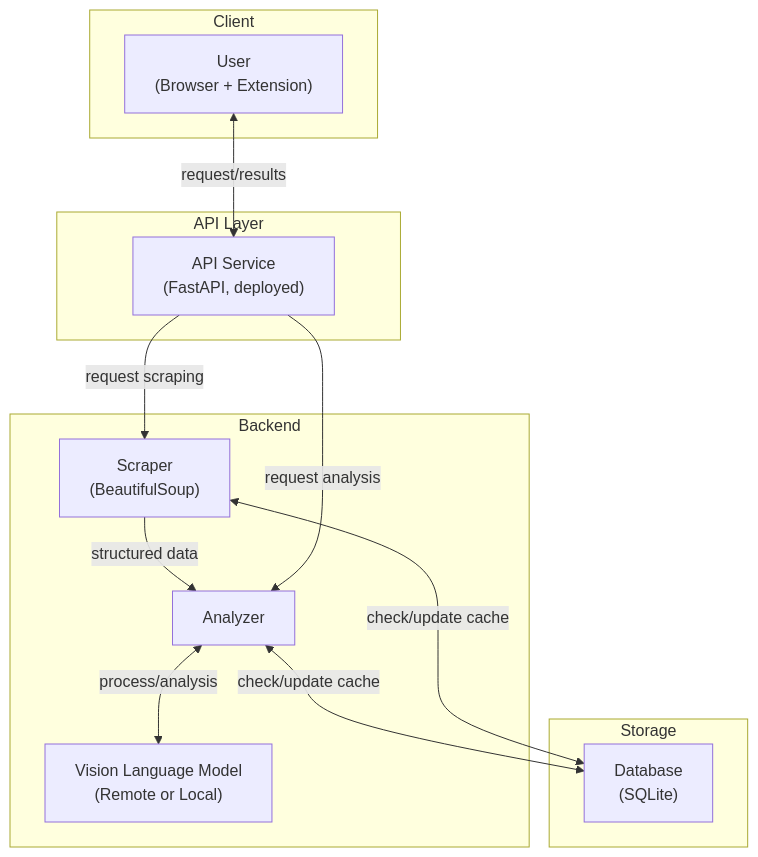
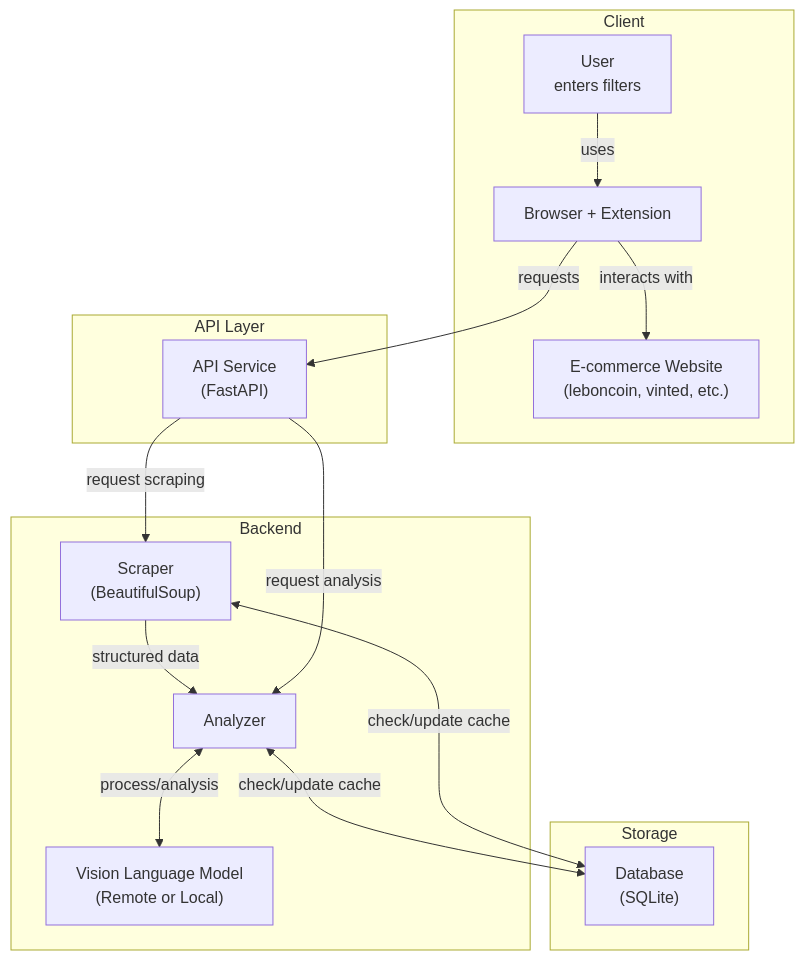
Before and after one commit to daltunay/filtergenie: the diagram in README.md, drawn with Mermaid.

Commit message:
docs: update architecture diagram in README for improved clarity on user interactions and API flow

````diff
--- a/README.md
+++ b/README.md
@@ -7,29 +7,33 @@
 ```mermaid
 graph TD
     subgraph Client
-        User["User<br>(Browser + Extension)"]
+        User["User<br>enters filters"]
+        BrowserExt["Browser + Extension"]
+        Website["E-commerce Website<br>(leboncoin, vinted, etc.)"]
+        User -->|uses| BrowserExt
+        BrowserExt -->|interacts with| Website
     end
 
-    subgraph API Layer
-        API["API Service<br>(FastAPI, deployed)"]
+    subgraph "API Layer"
+        API["API Service<br>(FastAPI)"]
     end
 
     subgraph Backend
         Scraper["Scraper<br>(BeautifulSoup)"]
         Analyzer["Analyzer"]
         VLM["Vision Language Model<br>(Remote or Local)"]
 
-        Analyzer <-->|"process/"analysis| VLM
+        Analyzer <-->|"process/analysis"| VLM
         Scraper -->|"structured data"| Analyzer
     end
 
     subgraph Storage
         DB["Database<br>(SQLite)"]
     end
 
-    User <-->|"request/results"| API
+    BrowserExt -->|"requests"| API
     API -->|"request scraping"| Scraper
     API -->|"request analysis"| Analyzer
     Analyzer <-->|"check/update cache"| DB
     Scraper <-->|"check/update cache"| DB
 ```
````
